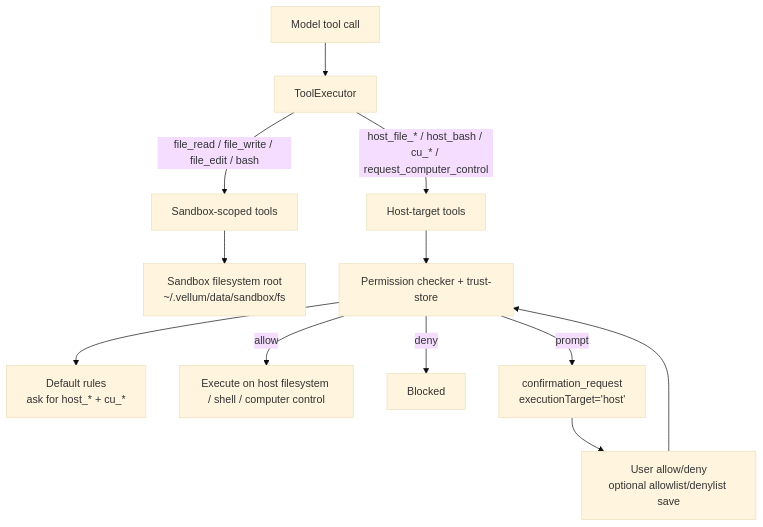
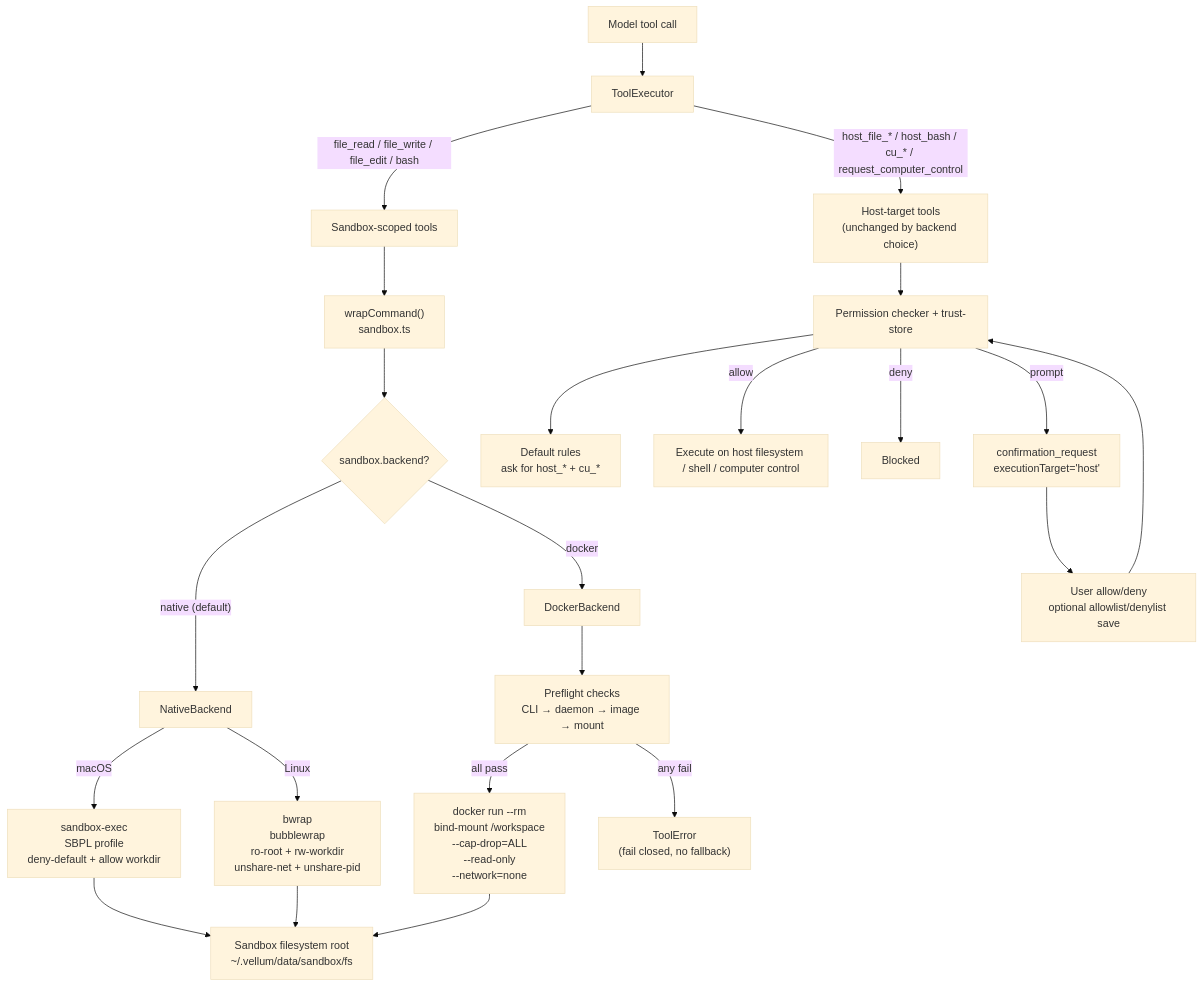
The ninth of 12 diagrams in ARCHITECTURE.md (vellum-ai/vellum-assistant), drawn with Mermaid (base theme) before and after one commit. The commit also changed other lines of this file and 1 other file, not shown here.

Commit message:
docs: document sandbox backend options and operational behavior
Add comprehensive documentation for the sandbox.backend config option
covering native vs Docker backends, prerequisites, Docker container
security posture, fail-closed behavior, and troubleshooting guidance.
Update ARCHITECTURE.md with backend selection flow diagram.

Closes #2032

````diff
--- a/ARCHITECTURE.md
+++ b/ARCHITECTURE.md
@@ -711,16 +711,30 @@
 ```mermaid
 graph TB
     CALL["Model tool call"] --> EXEC["ToolExecutor"]
 
     EXEC -->|"file_read / file_write / file_edit / bash"| SB_TOOLS["Sandbox-scoped tools"]
-    SB_TOOLS --> SB_FS["Sandbox filesystem root<br/>~/.vellum/data/sandbox/fs"]
+    SB_TOOLS --> WRAP["wrapCommand()<br/>sandbox.ts"]
 
-    EXEC -->|"host_file_* / host_bash / cu_* / request_computer_control"| HOST_TOOLS["Host-target tools"]
+    WRAP --> BACKEND_CHECK{"sandbox.backend?"}
+    BACKEND_CHECK -->|"native (default)"| NATIVE["NativeBackend"]
+    BACKEND_CHECK -->|"docker"| DOCKER["DockerBackend"]
+
+    NATIVE -->|"macOS"| SBPL["sandbox-exec<br/>SBPL profile<br/>deny-default + allow workdir"]
+    NATIVE -->|"Linux"| BWRAP["bwrap<br/>bubblewrap<br/>ro-root + rw-workdir<br/>unshare-net + unshare-pid"]
+    SBPL --> SB_FS["Sandbox filesystem root<br/>~/.vellum/data/sandbox/fs"]
+    BWRAP --> SB_FS
+
+    DOCKER --> PREFLIGHT["Preflight checks<br/>CLI → daemon → image → mount"]
+    PREFLIGHT -->|"all pass"| CONTAINER["docker run --rm<br/>bind-mount /workspace<br/>--cap-drop=ALL<br/>--read-only<br/>--network=none"]
+    PREFLIGHT -->|"any fail"| FAIL_CLOSED["ToolError<br/>(fail closed, no fallback)"]
+    CONTAINER --> SB_FS
+
+    EXEC -->|"host_file_* / host_bash / cu_* / request_computer_control"| HOST_TOOLS["Host-target tools<br/>(unchanged by backend choice)"]
     HOST_TOOLS --> CHECK["Permission checker + trust-store"]
     CHECK --> DEFAULTS["Default rules<br/>ask for host_* + cu_*"]
     CHECK -->|"allow"| HOST_EXEC["Execute on host filesystem / shell / computer control"]
     CHECK -->|"deny"| BLOCK["Blocked"]
     CHECK -->|"prompt"| PROMPT["confirmation_request<br/>executionTarget='host'"]
     PROMPT --> USER["User allow/deny<br/>optional allowlist/denylist save"]
     USER --> CHECK
 ```
````
